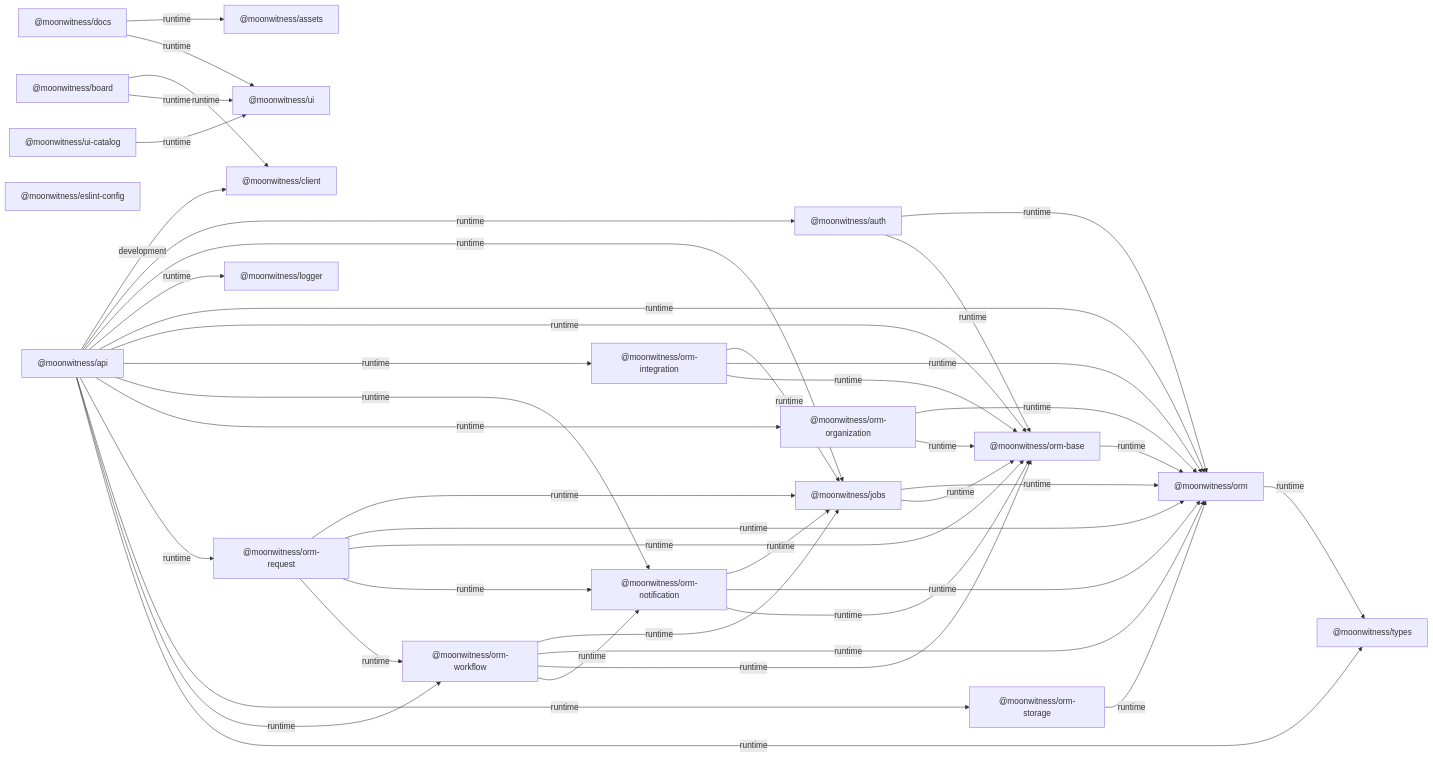
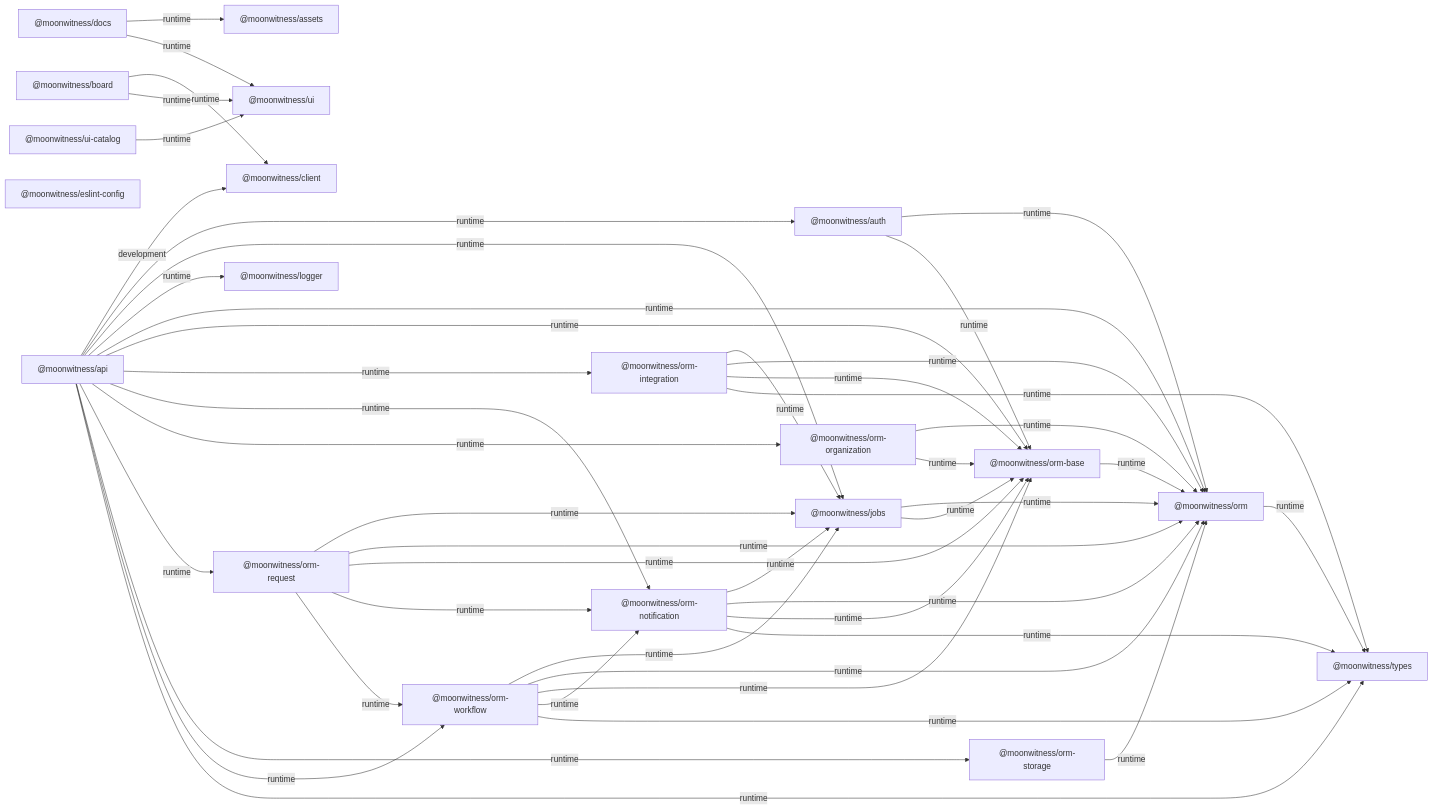
One commit to bjo163/moonwitness-xi changed the diagram in docs/architecture/diagrams/workspace-dependencies.mmd. Above: the diagram before and after it, drawn with Mermaid. The commit also changed 22 other files, not shown here.

```diff
--- a/docs/architecture/diagrams/workspace-dependencies.mmd
+++ b/docs/architecture/diagrams/workspace-dependencies.mmd
@@ -1,63 +1,66 @@
 flowchart LR
   pkg0["@moonwitness/api"]
   pkg1["@moonwitness/assets"]
   pkg2["@moonwitness/auth"]
   pkg3["@moonwitness/board"]
   pkg4["@moonwitness/client"]
   pkg5["@moonwitness/docs"]
   pkg6["@moonwitness/eslint-config"]
   pkg7["@moonwitness/jobs"]
   pkg8["@moonwitness/logger"]
   pkg9["@moonwitness/orm"]
   pkg10["@moonwitness/orm-base"]
   pkg11["@moonwitness/orm-integration"]
   pkg12["@moonwitness/orm-notification"]
   pkg13["@moonwitness/orm-organization"]
   pkg14["@moonwitness/orm-request"]
   pkg15["@moonwitness/orm-storage"]
   pkg16["@moonwitness/orm-workflow"]
   pkg17["@moonwitness/types"]
   pkg18["@moonwitness/ui"]
   pkg19["@moonwitness/ui-catalog"]
   pkg0 -->|development| pkg4
   pkg0 -->|runtime| pkg2
   pkg0 -->|runtime| pkg7
   pkg0 -->|runtime| pkg8
   pkg0 -->|runtime| pkg9
   pkg0 -->|runtime| pkg10
   pkg0 -->|runtime| pkg11
   pkg0 -->|runtime| pkg12
   pkg0 -->|runtime| pkg13
   pkg0 -->|runtime| pkg14
   pkg0 -->|runtime| pkg15
   pkg0 -->|runtime| pkg16
   pkg0 -->|runtime| pkg17
   pkg2 -->|runtime| pkg9
   pkg2 -->|runtime| pkg10
   pkg3 -->|runtime| pkg4
   pkg3 -->|runtime| pkg18
   pkg5 -->|runtime| pkg1
   pkg5 -->|runtime| pkg18
   pkg7 -->|runtime| pkg9
   pkg7 -->|runtime| pkg10
   pkg9 -->|runtime| pkg17
   pkg10 -->|runtime| pkg9
   pkg11 -->|runtime| pkg7
   pkg11 -->|runtime| pkg9
   pkg11 -->|runtime| pkg10
+  pkg11 -->|runtime| pkg17
   pkg12 -->|runtime| pkg7
   pkg12 -->|runtime| pkg9
   pkg12 -->|runtime| pkg10
+  pkg12 -->|runtime| pkg17
   pkg13 -->|runtime| pkg9
   pkg13 -->|runtime| pkg10
   pkg14 -->|runtime| pkg7
   pkg14 -->|runtime| pkg9
   pkg14 -->|runtime| pkg10
   pkg14 -->|runtime| pkg12
   pkg14 -->|runtime| pkg16
   pkg15 -->|runtime| pkg9
   pkg16 -->|runtime| pkg7
   pkg16 -->|runtime| pkg9
   pkg16 -->|runtime| pkg10
   pkg16 -->|runtime| pkg12
+  pkg16 -->|runtime| pkg17
   pkg19 -->|runtime| pkg18
```
